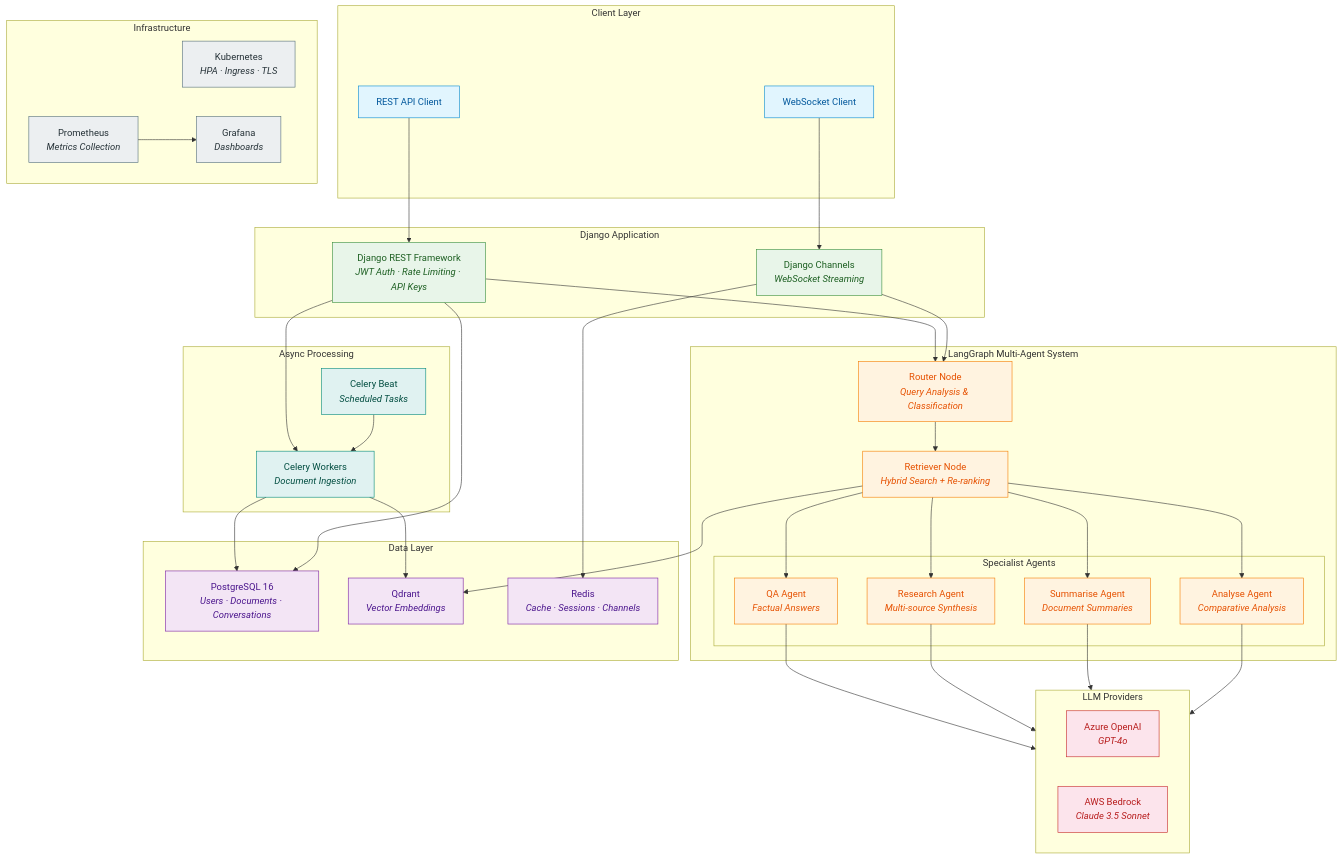
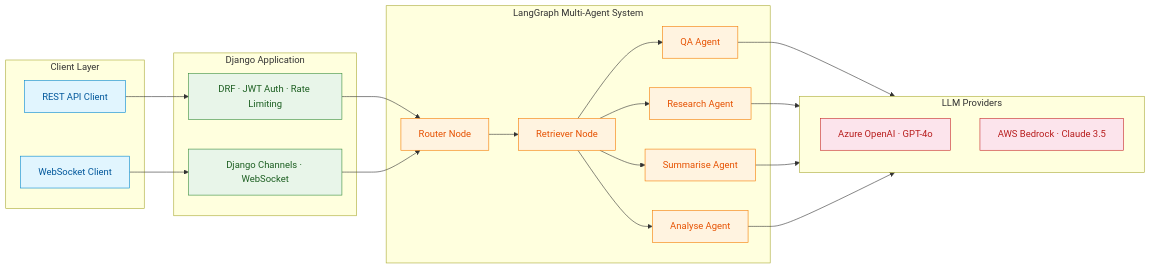
Before and after one commit to pritom169/documind-ai: the first of 3 diagrams in README.md, drawn with Mermaid. The commit also changed other lines of this file, not shown here.

Commit message:
[DOCUMENTATION] Graphs updated

````diff
--- a/README.md
+++ b/README.md
@@ -17,81 +18,47 @@
 ```mermaid
-graph TB
+graph LR
     subgraph Client["Client Layer"]
         REST["REST API Client"]
         WS["WebSocket Client"]
     end
 
     subgraph Django["Django Application"]
-        DRF["Django REST Framework<br/><i>JWT Auth · Rate Limiting · API Keys</i>"]
-        Channels["Django Channels<br/><i>WebSocket Streaming</i>"]
+        DRF["DRF · JWT Auth · Rate Limiting"]
+        Channels["Django Channels · WebSocket"]
     end
 
     subgraph Agents["LangGraph Multi-Agent System"]
-        Router["Router Node<br/><i>Query Analysis & Classification</i>"]
-        Retriever["Retriever Node<br/><i>Hybrid Search + Re-ranking</i>"]
-
-        subgraph Specialists["Specialist Agents"]
-            QA["QA Agent<br/><i>Factual Answers</i>"]
-            Research["Research Agent<br/><i>Multi-source Synthesis</i>"]
-            Summarise["Summarise Agent<br/><i>Document Summaries</i>"]
-            Analyse["Analyse Agent<br/><i>Comparative Analysis</i>"]
-        end
-    end
-
-    subgraph Processing["Async Processing"]
-        Celery["Celery Workers<br/><i>Document Ingestion</i>"]
-        Beat["Celery Beat<br/><i>Scheduled Tasks</i>"]
-    end
-
-    subgraph Storage["Data Layer"]
-        PG["PostgreSQL 16<br/><i>Users · Documents · Conversations</i>"]
-        Qdrant["Qdrant<br/><i>Vector Embeddings</i>"]
-        Redis["Redis<br/><i>Cache · Sessions · Channels</i>"]
+        Router["Router Node"]
+        Retriever["Retriever Node"]
+        QA["QA Agent"]
+        Research["Research Agent"]
+        Summarise["Summarise Agent"]
+        Analyse["Analyse Agent"]
     end
 
     subgraph LLM["LLM Providers"]
-        Azure["Azure OpenAI<br/><i>GPT-4o</i>"]
-        Bedrock["AWS Bedrock<br/><i>Claude 3.5 Sonnet</i>"]
-    end
-
-    subgraph Infra["Infrastructure"]
-        K8s["Kubernetes<br/><i>HPA · Ingress · TLS</i>"]
-        Prom["Prometheus<br/><i>Metrics Collection</i>"]
-        Graf["Grafana<br/><i>Dashboards</i>"]
+        Azure["Azure OpenAI · GPT-4o"]
+        Bedrock["AWS Bedrock · Claude 3.5"]
     end
 
     REST --> DRF
     WS --> Channels
     DRF --> Router
     Channels --> Router
     Router --> Retriever
     Retriever --> QA
     Retriever --> Research
     Retriever --> Summarise
     Retriever --> Analyse
-    Retriever --> Qdrant
     QA & Research & Summarise & Analyse --> LLM
-    DRF --> Celery
-    Celery --> PG
-    Celery --> Qdrant
-    Beat --> Celery
-    DRF --> PG
-    Channels --> Redis
-    Prom --> Graf
 
     classDef client fill:#e1f5fe,stroke:#0288d1,color:#01579b
     classDef django fill:#e8f5e9,stroke:#388e3c,color:#1b5e20
     classDef agent fill:#fff3e0,stroke:#f57c00,color:#e65100
-    classDef storage fill:#f3e5f5,stroke:#7b1fa2,color:#4a148c
     classDef llm fill:#fce4ec,stroke:#c62828,color:#b71c1c
-    classDef infra fill:#eceff1,stroke:#546e7a,color:#263238
-    classDef processing fill:#e0f2f1,stroke:#00897b,color:#004d40
 
     class REST,WS client
     class DRF,Channels django
     class Router,Retriever,QA,Research,Summarise,Analyse agent
-    class PG,Qdrant,Redis storage
     class Azure,Bedrock llm
-    class K8s,Prom,Graf infra
-    class Celery,Beat processing
 ```
````
